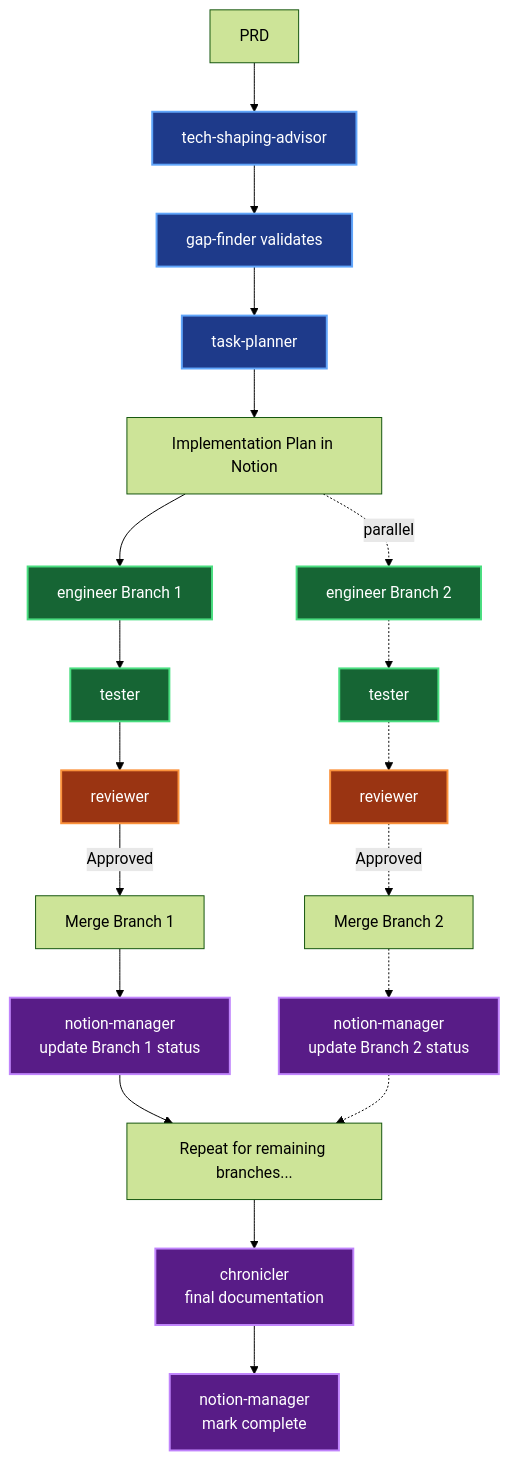
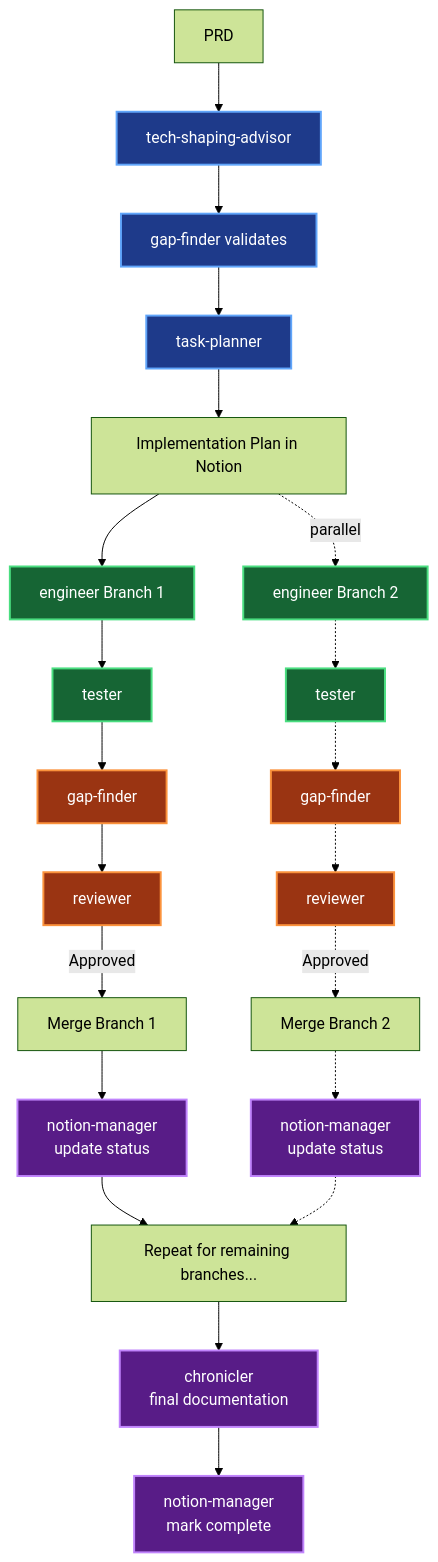
One commit to andymai/claude-agent-team changed the diagram in README.md. Above: the diagram before and after it, drawn with Mermaid (forest theme). The commit also changed 7 other files, not shown here.

First line of the commit message:
Align agent orchestration with workflow diagram

````diff
--- a/README.md
+++ b/README.md
@@ -96,38 +96,41 @@
 ```mermaid
 graph TD
     A[PRD] --> B[tech-shaping-advisor]
     B --> C[gap-finder validates]
     C --> D[task-planner]
     D --> E[Implementation Plan in Notion]
 
     E --> F[engineer Branch 1]
     E -.->|parallel| G[engineer Branch 2]
 
     F --> H[tester]
     G -.-> I[tester]
 
-    H --> J[reviewer]
-    I -.-> K[reviewer]
+    H --> J[gap-finder]
+    I -.-> K[gap-finder]
 
-    J -->|Approved| L[Merge Branch 1]
-    K -.->|Approved| M[Merge Branch 2]
+    J --> L[reviewer]
+    K -.-> M[reviewer]
 
-    L --> N[notion-manager<br/>update Branch 1 status]
-    M -.-> O[notion-manager<br/>update Branch 2 status]
+    L -->|Approved| N[Merge Branch 1]
+    M -.->|Approved| O[Merge Branch 2]
 
-    N --> P[Repeat for remaining branches...]
-    O -.-> P
+    N --> P[notion-manager<br/>update status]
+    O -.-> Q[notion-manager<br/>update status]
 
-    P --> Q[chronicler<br/>final documentation]
-    Q --> R[notion-manager<br/>mark complete]
+    P --> R[Repeat for remaining branches...]
+    Q -.-> R
+
+    R --> S[chronicler<br/>final documentation]
+    S --> T[notion-manager<br/>mark complete]
 
     classDef planning fill:#1e3a8a,stroke:#60a5fa,stroke-width:2px,color:#fff
     classDef implementing fill:#166534,stroke:#4ade80,stroke-width:2px,color:#fff
     classDef reviewing fill:#9a3412,stroke:#fb923c,stroke-width:2px,color:#fff
     classDef documenting fill:#581c87,stroke:#c084fc,stroke-width:2px,color:#fff
 
     class B,C,D planning
     class F,G,H,I implementing
-    class J,K reviewing
-    class N,O,Q,R documenting
+    class J,K,L,M reviewing
+    class P,Q,S,T documenting
 ```
````
